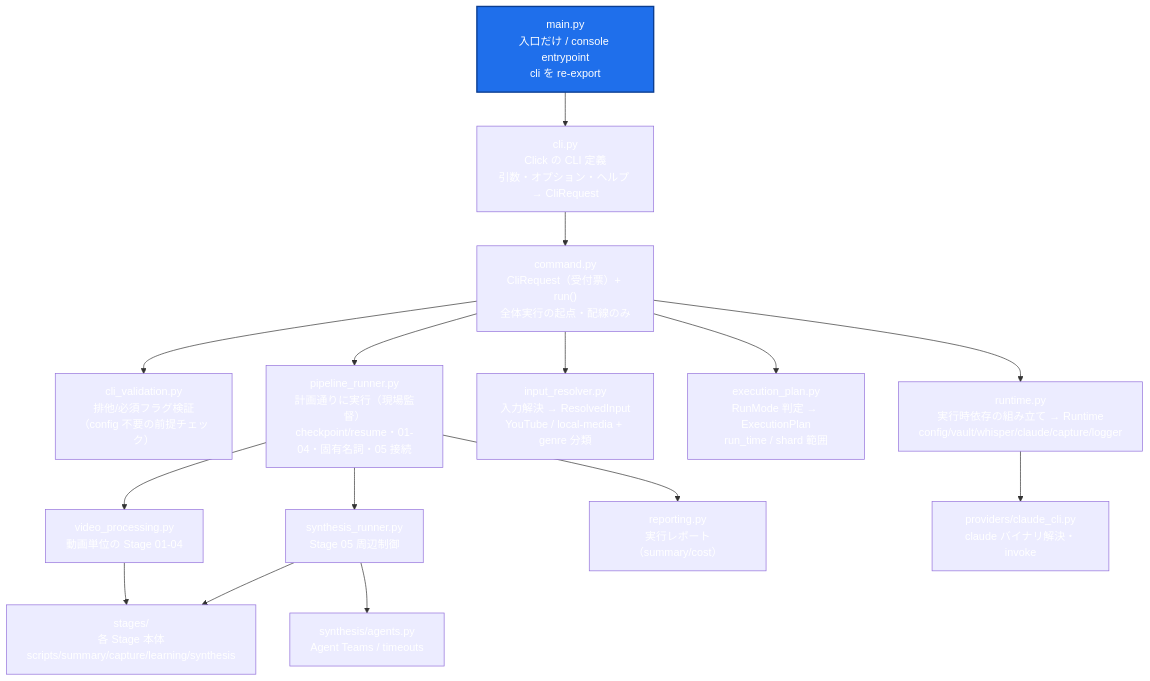
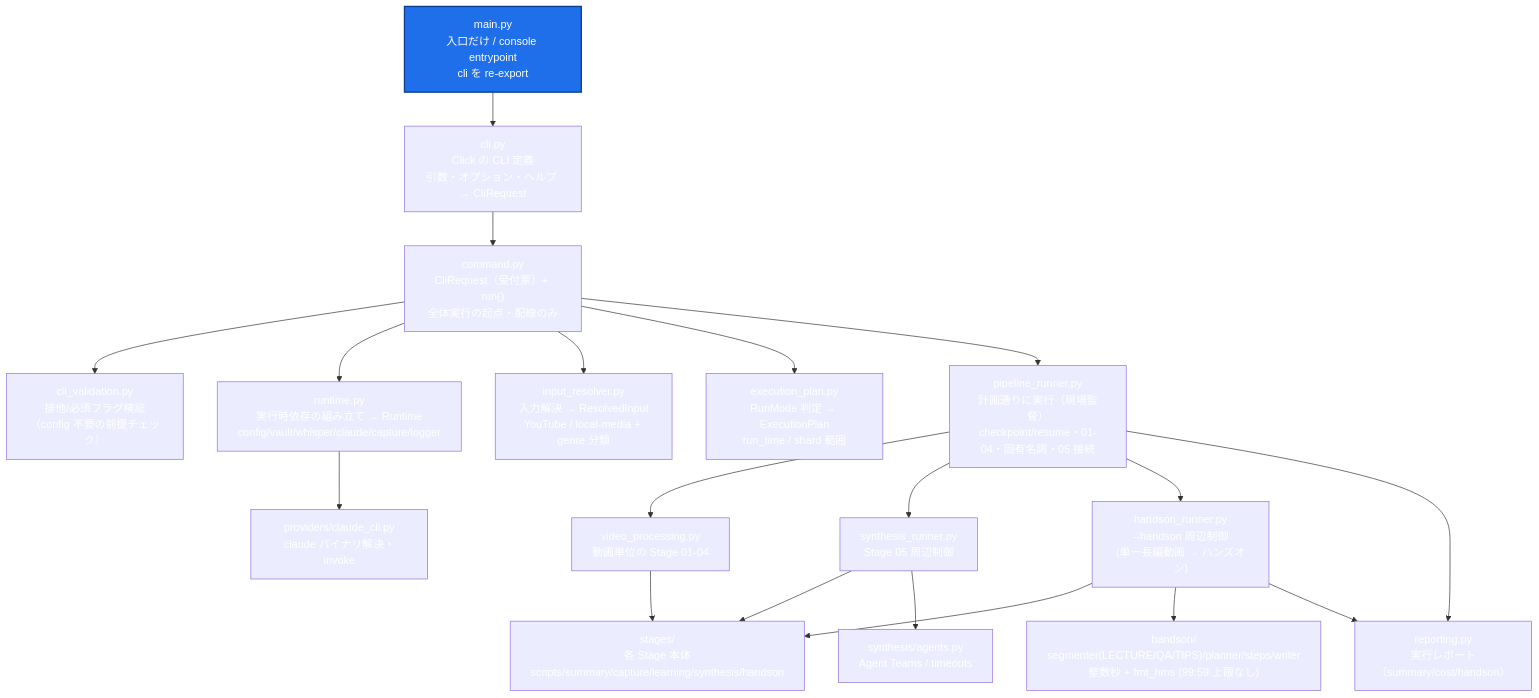
The diagram in docs/main-architecture.md (theosera/pipeline-youtube), drawn with Mermaid before and after one commit. The commit also changed other lines of this file and 33 other files, not shown here.

````diff
--- a/docs/main-architecture.md
+++ b/docs/main-architecture.md
@@ -28,30 +28,33 @@
 ```mermaid
 flowchart TD
     MAIN["main.py<br/>入口だけ / console entrypoint<br/>cli を re-export"]
     CLI["cli.py<br/>Click の CLI 定義<br/>引数・オプション・ヘルプ → CliRequest"]
     CMD["command.py<br/>CliRequest（受付票）+ run()<br/>全体実行の起点・配線のみ"]
 
     VALID["cli_validation.py<br/>排他/必須フラグ検証<br/>（config 不要の前提チェック）"]
     RUNTIME["runtime.py<br/>実行時依存の組み立て → Runtime<br/>config/vault/whisper/claude/capture/logger"]
     INPUT["input_resolver.py<br/>入力解決 → ResolvedInput<br/>YouTube / local-media + genre 分類"]
     PLAN["execution_plan.py<br/>RunMode 判定 → ExecutionPlan<br/>run_time / shard 範囲"]
     RUNNER["pipeline_runner.py<br/>計画通りに実行（現場監督）<br/>checkpoint/resume・01-04・固有名詞・05 接続"]
 
     VIDEO["video_processing.py<br/>動画単位の Stage 01-04"]
     SYNTH_RUN["synthesis_runner.py<br/>Stage 05 周辺制御"]
-    REPORT["reporting.py<br/>実行レポート（summary/cost）"]
+    HANDSON_RUN["handson_runner.py<br/>--handson 周辺制御<br/>(単一長編動画 → ハンズオン)"]
+    REPORT["reporting.py<br/>実行レポート（summary/cost/handson）"]
 
-    STAGES["stages/<br/>各 Stage 本体<br/>scripts/summary/capture/learning/synthesis"]
+    STAGES["stages/<br/>各 Stage 本体<br/>scripts/summary/capture/learning/synthesis/handson"]
     SYNAGENTS["synthesis/agents.py<br/>Agent Teams / timeouts"]
+    HANDSONPKG["handson/<br/>segmenter(LECTURE/QA/TIPS)/planner/steps/writer<br/>整数秒 + fmt_hms (99:59 上限なし)"]
     PROVIDERS["providers/claude_cli.py<br/>claude バイナリ解決・invoke"]
 
     MAIN --> CLI --> CMD
     CMD --> VALID & RUNTIME & INPUT & PLAN & RUNNER
-    RUNNER --> VIDEO & SYNTH_RUN & REPORT
+    RUNNER --> VIDEO & SYNTH_RUN & HANDSON_RUN & REPORT
     VIDEO --> STAGES
     SYNTH_RUN --> STAGES & SYNAGENTS
+    HANDSON_RUN --> STAGES & HANDSONPKG & REPORT
     RUNTIME --> PROVIDERS
 
     classDef root fill:#1f6feb,color:#fff,stroke:#0b3d91,stroke-width:2px;
     class MAIN root;
 ```
````
